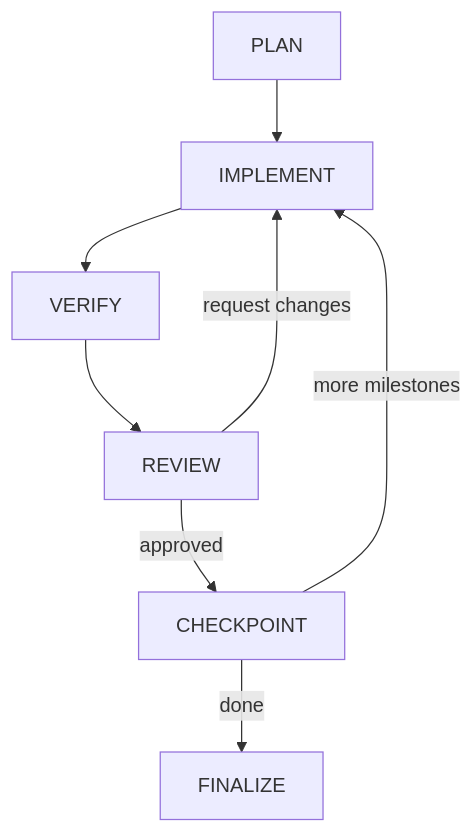
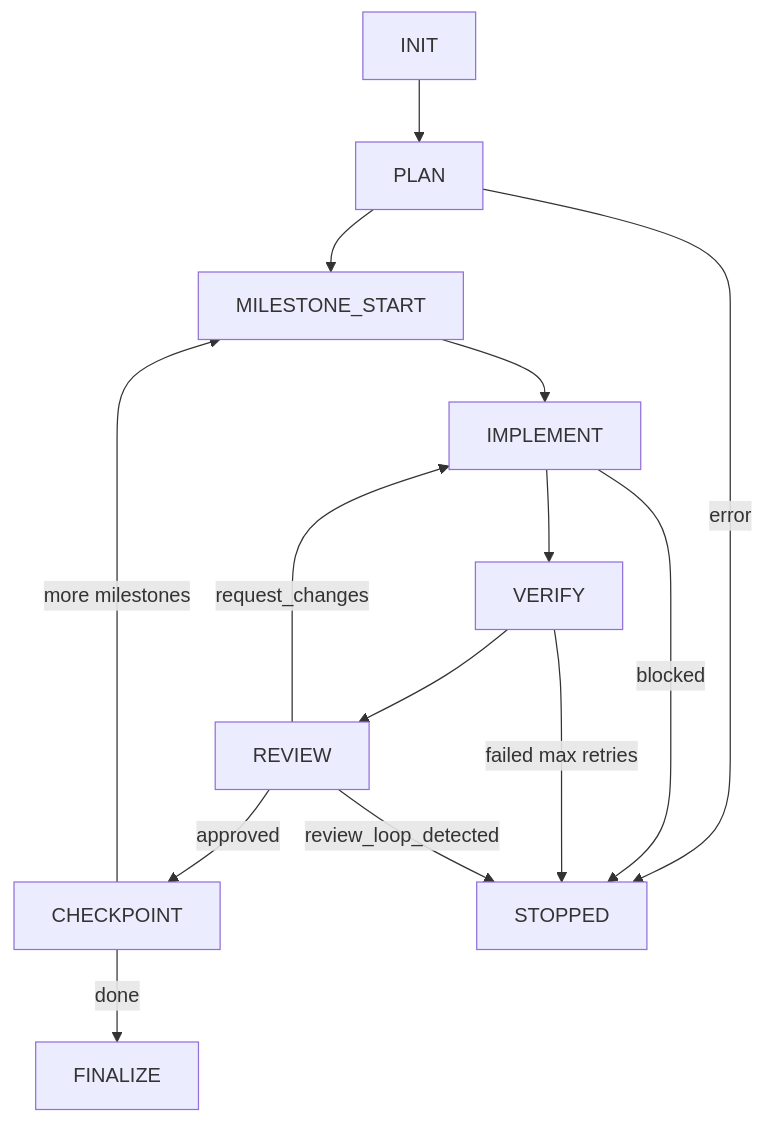
One commit to weldr-dev/runr changed the diagram in docs/run-lifecycle.md. Above: the diagram before and after it, drawn with Mermaid. The commit also changed other lines of this file and 12 other files, not shown here.

````diff
--- a/docs/run-lifecycle.md
+++ b/docs/run-lifecycle.md
@@ -12,10 +11,17 @@
 ```mermaid
 flowchart TD
-  A[PLAN] --> B[IMPLEMENT]
-  B --> C[VERIFY]
-  C --> D[REVIEW]
-  D -->|approved| E[CHECKPOINT]
-  D -->|request changes| B
-  E -->|more milestones| B
-  E -->|done| F[FINALIZE]
+  A[INIT] --> B[PLAN]
+  B --> C[MILESTONE_START]
+  C --> D[IMPLEMENT]
+  D --> E[VERIFY]
+  E --> F[REVIEW]
+  F -->|approved| G[CHECKPOINT]
+  F -->|request_changes| D
+  G -->|more milestones| C
+  G -->|done| H[FINALIZE]
+  
+  B -->|error| S[STOPPED]
+  D -->|blocked| S
+  E -->|failed max retries| S
+  F -->|review_loop_detected| S
 ```
````
